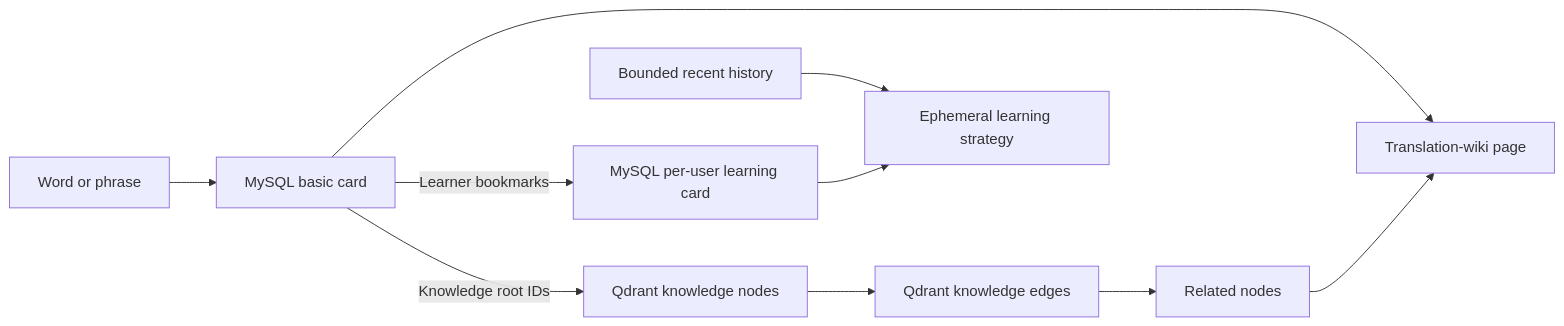
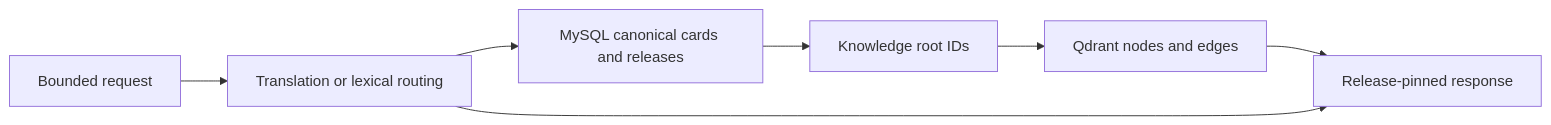
Before and after one commit to Ashex-x/Transnet: the diagram in docs/transnet.md, drawn with Mermaid. The commit also changed other lines of this file and 21 other files, not shown here.

````diff
--- a/docs/transnet.md
+++ b/docs/transnet.md
@@ -158,12 +53,9 @@
 ```mermaid
 flowchart LR
-  query["Word or phrase"] --> basic["MySQL basic card"]
-  basic -->|"Knowledge root IDs"| nodes["Qdrant knowledge nodes"]
-  nodes --> edges["Qdrant knowledge edges"]
-  edges --> related["Related nodes"]
-  basic --> wiki["Translation-wiki page"]
-  related --> wiki
-  basic -->|"Learner bookmarks"| personal["MySQL per-user learning card"]
-  history["Bounded recent history"] --> strategy["Ephemeral learning strategy"]
-  personal --> strategy
+  request["Bounded request"] --> route["Translation or lexical routing"]
+  route --> mysql["MySQL canonical cards and releases"]
+  mysql --> roots["Knowledge root IDs"]
+  roots --> qdrant["Qdrant nodes and edges"]
+  qdrant --> response["Release-pinned response"]
+  route --> response
 ```
````
